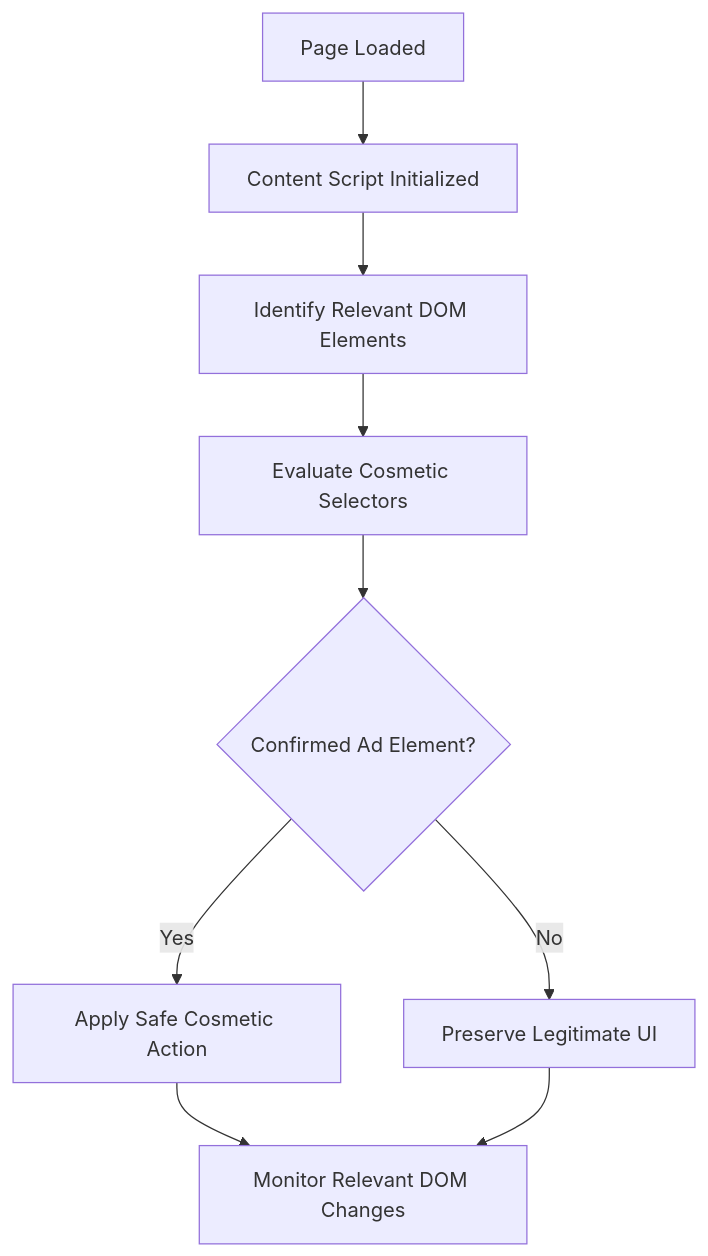
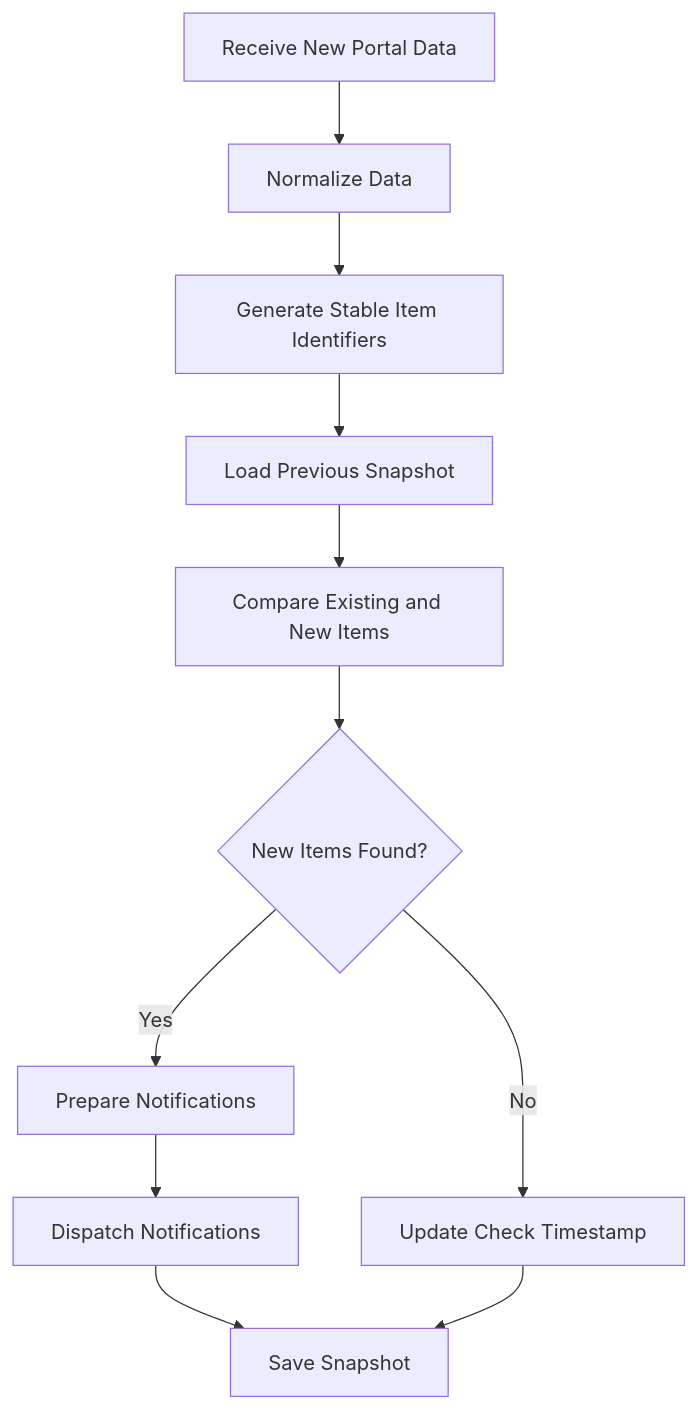
Before and after one commit to suyabamin/uiu_notification_pro: the seventh of 11 diagrams in README.md, drawn with Mermaid. The commit also changed other lines of this file, not shown here.

````diff
--- a/README.md
+++ b/README.md
@@ -603,17 +637,16 @@
 ```mermaid
 flowchart TD
-    A["Page Loaded"]
-    B["Content Script Initialized"]
-    C["Identify Relevant DOM Elements"]
-    D["Evaluate Cosmetic Selectors"]
-    E{"Confirmed Ad Element?"}
-    F["Apply Safe Cosmetic Action"]
-    G["Preserve Legitimate UI"]
-    H["Monitor Relevant DOM Changes"]
+    A[Receive New Portal Data] --> B[Normalize Data]
+    B --> C[Generate Stable Item Identifiers]
+    C --> D[Load Previous Snapshot]
+    D --> E[Compare Existing and New Items]
+    E --> F{New Items Found?}
 
-    A --> B --> C --> D --> E
-    E -->|Yes| F
-    E -->|No| G
-    F --> H
-    G --> H
+    F -->|Yes| G[Prepare Notifications]
+    F -->|No| H[Update Check Timestamp]
+
+    G --> I[Dispatch Notifications]
+    I --> J[Save Snapshot]
+
+    H --> J
 ```
````
